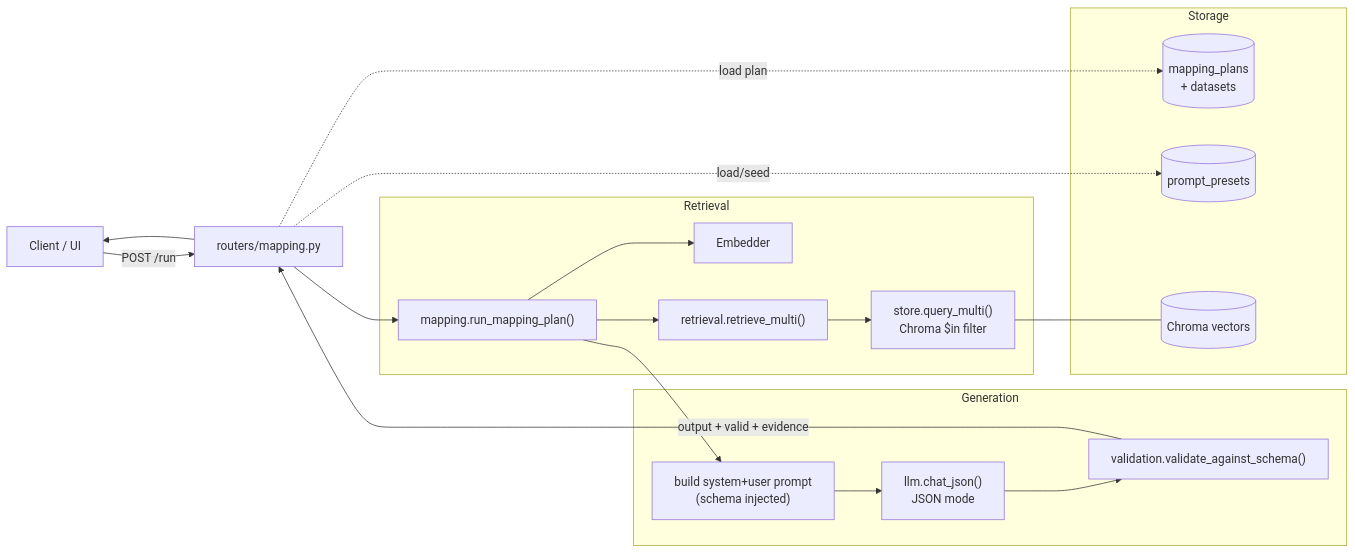
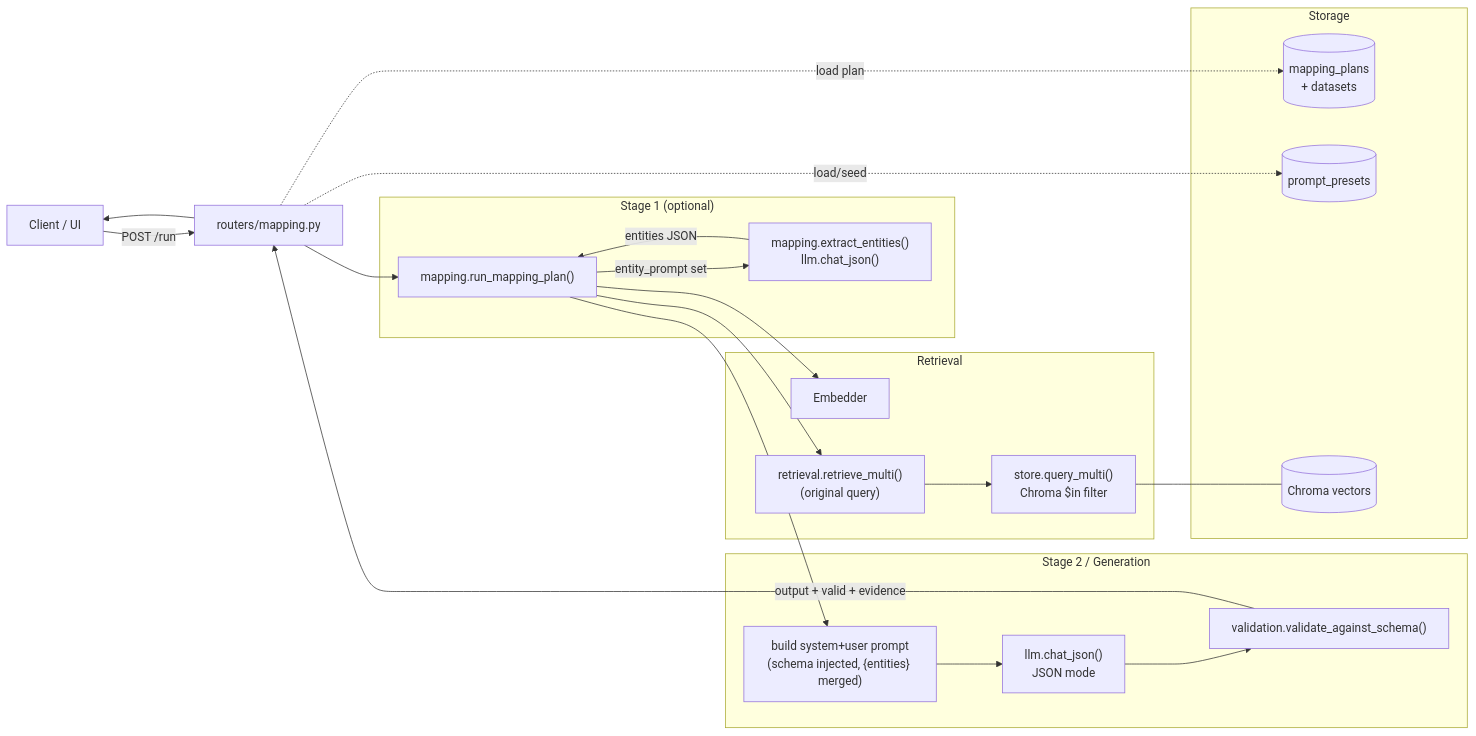
Before and after one commit to AmirHossein-Kashani/RagSystemAnalyzer: the first of 6 diagrams in docs/mapping-engine.md, drawn with Mermaid. The commit also changed other lines of this file and 13 other files, not shown here.

````diff
--- a/docs/mapping-engine.md
+++ b/docs/mapping-engine.md
@@ -21,28 +25,33 @@
 ```mermaid
 flowchart LR
   Client["Client / UI"] -->|"POST /run"| Router["routers/mapping.py"]
   Router --> Engine["mapping.run_mapping_plan()"]
 
+  subgraph "Stage 1 (optional)"
+    Engine -->|"entity_prompt set"| Ent["mapping.extract_entities()<br/>llm.chat_json()"]
+    Ent -->|"entities JSON"| Engine
+  end
+
   subgraph Retrieval
     Engine --> Embed["Embedder"]
-    Engine --> Multi["retrieval.retrieve_multi()"]
+    Engine --> Multi["retrieval.retrieve_multi()<br/>(original query)"]
     Multi --> Store["store.query_multi()<br/>Chroma $in filter"]
   end
 
-  subgraph Generation
-    Engine --> Build["build system+user prompt<br/>(schema injected)"]
+  subgraph "Stage 2 / Generation"
+    Engine --> Build["build system+user prompt<br/>(schema injected, {entities} merged)"]
     Build --> LLM["llm.chat_json()<br/>JSON mode"]
     LLM --> Valid["validation.validate_against_schema()"]
   end
 
   subgraph Storage
     Plans[("mapping_plans<br/>+ datasets")]
     Presets[("prompt_presets")]
     Vec[("Chroma vectors")]
   end
 
   Router -. load plan .-> Plans
   Router -. load/seed .-> Presets
   Store --- Vec
   Valid -->|"output + valid + evidence"| Router --> Client
 ```
````
